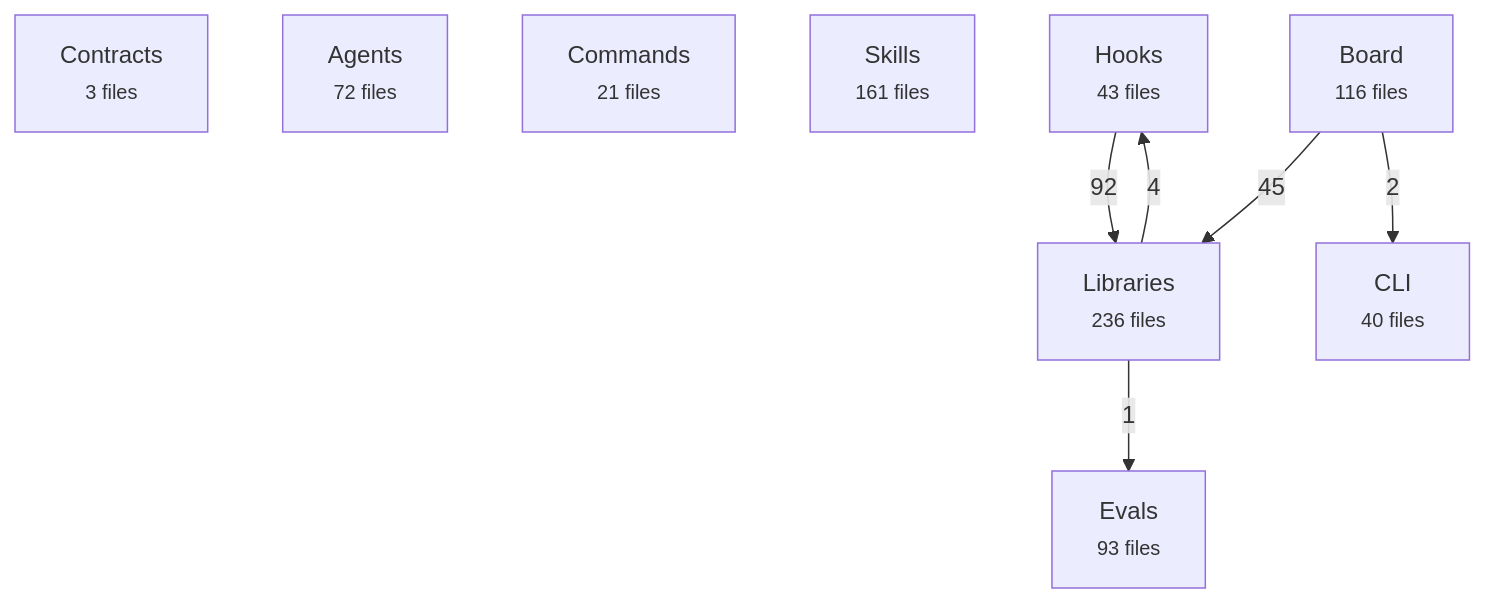
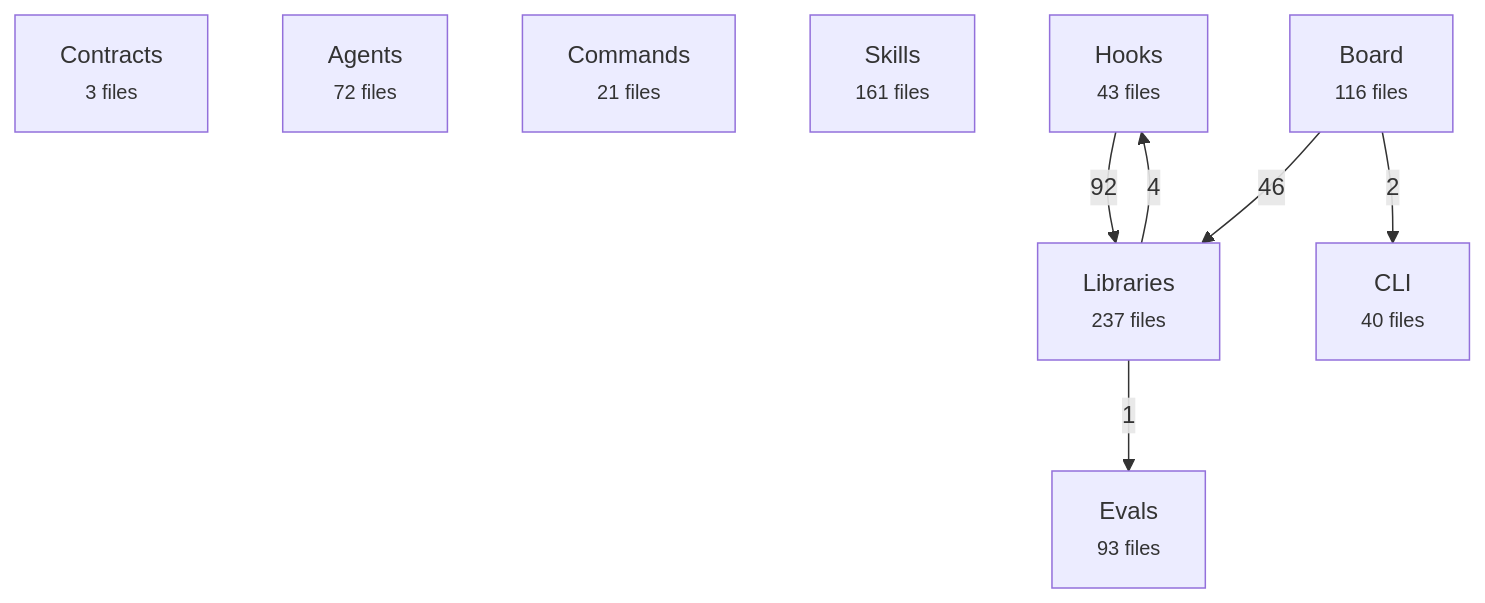
Before and after one commit to avelikiy/great_cto: the first of 2 diagrams in docs/reference/architecture-map.md, drawn with Mermaid. The commit also changed other lines of this file and 7 other files, not shown here.

````diff
--- a/docs/reference/architecture-map.md
+++ b/docs/reference/architecture-map.md
@@ -20,17 +20,17 @@
 ```mermaid
 flowchart TD
   contracts["Contracts<br/><small>3 files</small>"]
   agents["Agents<br/><small>72 files</small>"]
   commands["Commands<br/><small>21 files</small>"]
   skills["Skills<br/><small>161 files</small>"]
   hooks["Hooks<br/><small>43 files</small>"]
-  libs["Libraries<br/><small>236 files</small>"]
+  libs["Libraries<br/><small>237 files</small>"]
   board["Board<br/><small>116 files</small>"]
   cli["CLI<br/><small>40 files</small>"]
   evals["Evals<br/><small>93 files</small>"]
   hooks -->|92| libs
-  board -->|45| libs
+  board -->|46| libs
   libs -->|4| hooks
   board -->|2| cli
   libs -->|1| evals
 ```
````
